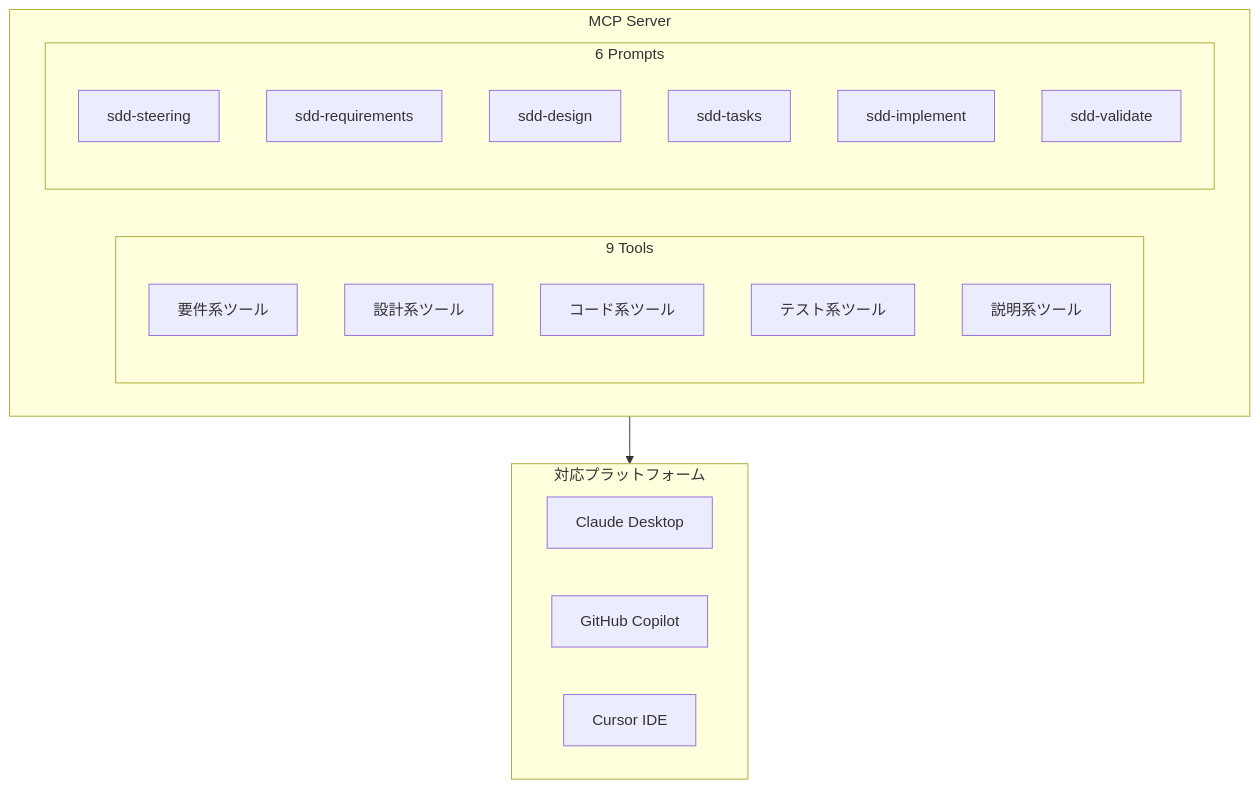
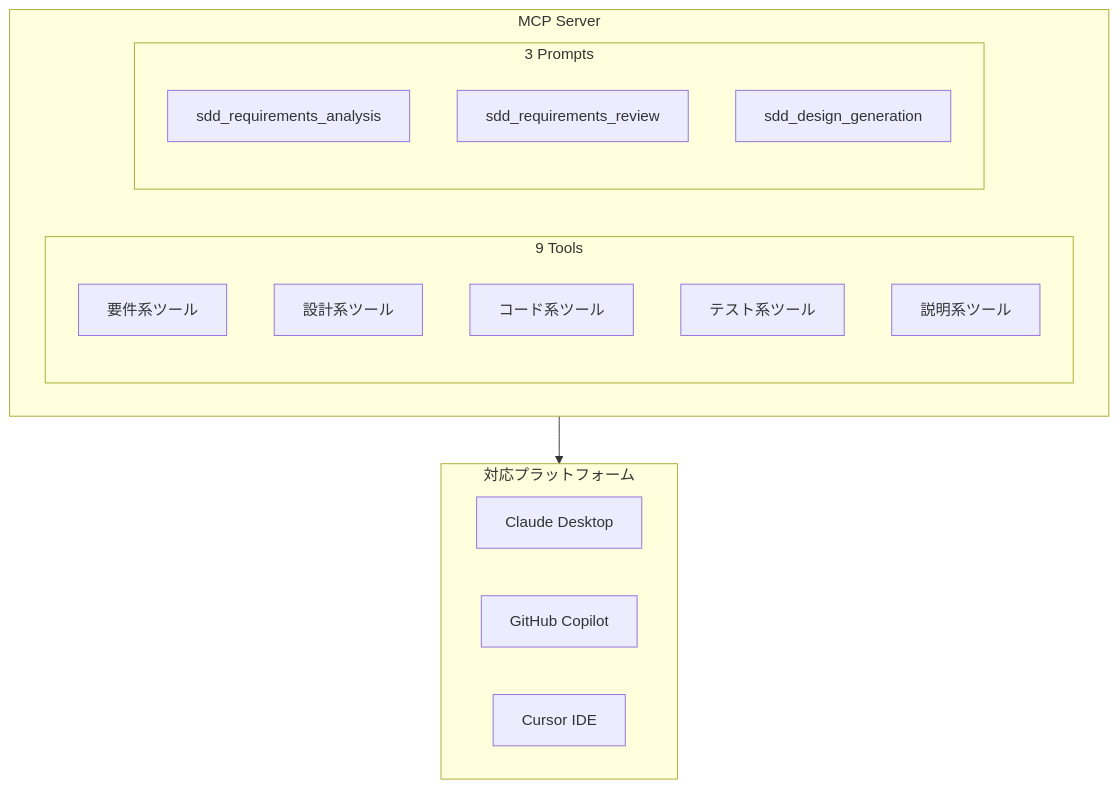
One commit to Takashi-So/MUSUBIX changed diagram 15 of 19 in docs/evolution-from-musubi-to-musubix.md. Above: the diagram before and after it, drawn with Mermaid. The commit also changed other lines of this file, not shown here.

````diff
--- a/docs/evolution-from-musubi-to-musubix.md
+++ b/docs/evolution-from-musubi-to-musubix.md
@@ -490,29 +622,26 @@
 ```mermaid
 flowchart TB
     subgraph MCPServer["MCP Server"]
         subgraph Tools["9 Tools"]
             T1[要件系ツール]
             T2[設計系ツール]
             T3[コード系ツール]
             T4[テスト系ツール]
             T5[説明系ツール]
         end
         
-        subgraph Prompts["6 Prompts"]
-            P1[sdd-steering]
-            P2[sdd-requirements]
-            P3[sdd-design]
-            P4[sdd-tasks]
-            P5[sdd-implement]
-            P6[sdd-validate]
+        subgraph Prompts["3 Prompts"]
+            P1[sdd_requirements_analysis]
+            P2[sdd_requirements_review]
+            P3[sdd_design_generation]
         end
     end
     
     subgraph Platforms["対応プラットフォーム"]
         Claude[Claude Desktop]
         Copilot[GitHub Copilot]
         Cursor[Cursor IDE]
     end
     
     MCPServer --> Platforms
 ```
````
